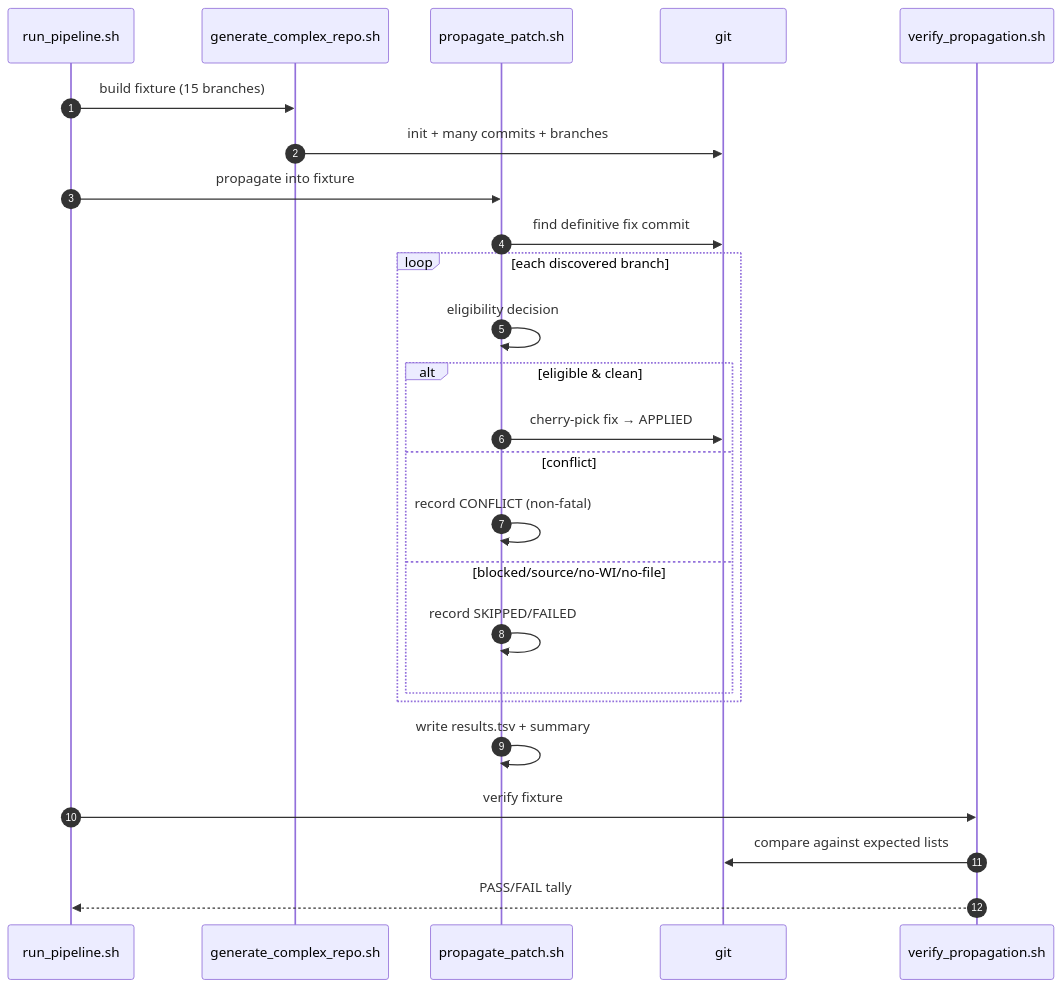
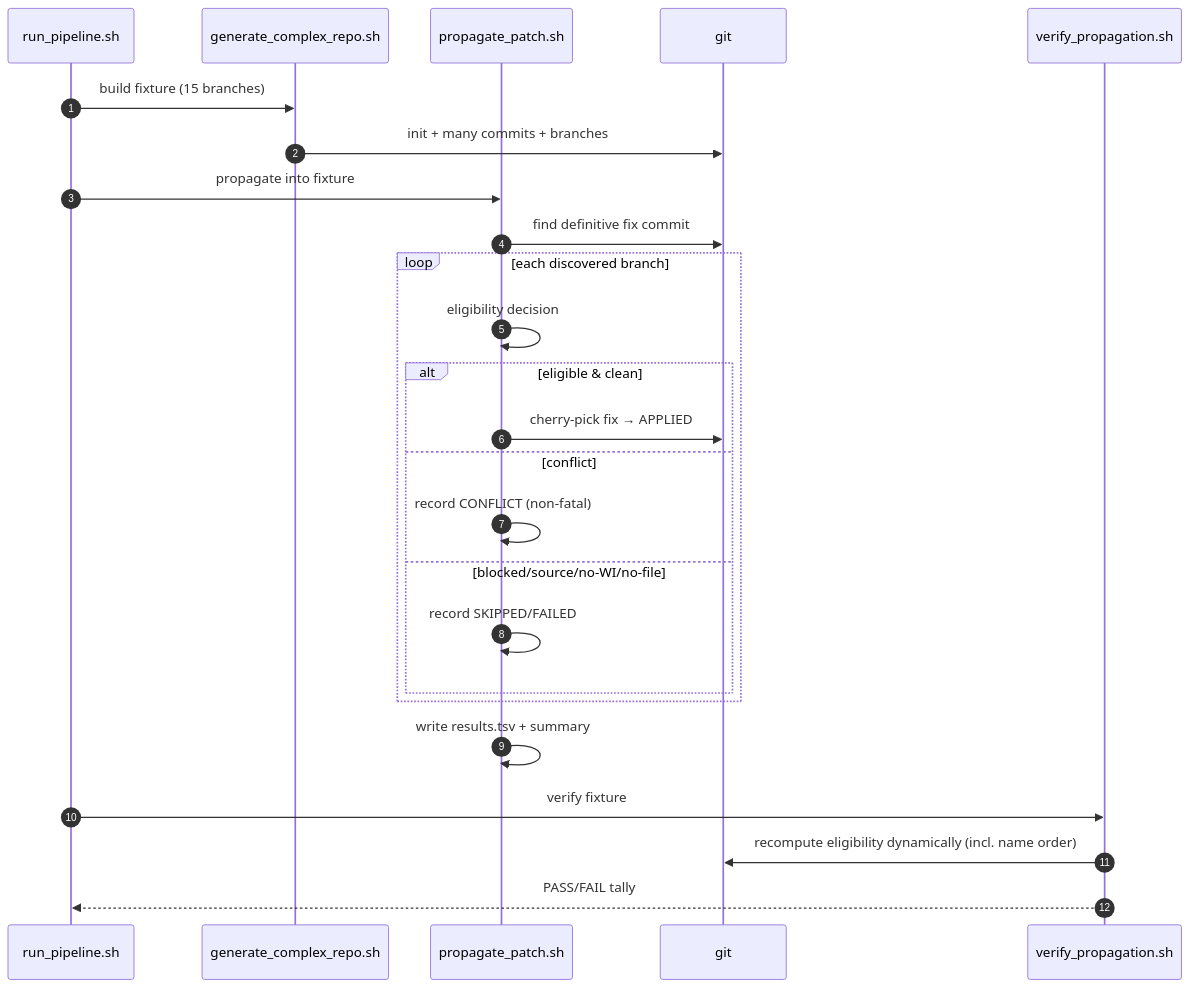
Before and after one commit to MajedSaade/kla-complex-test-repo: the eighth of 8 diagrams in ARCHITECTURE.md, drawn with Mermaid. The commit also changed other lines of this file and 4 other files, not shown here.

First line of the commit message:
Use lexicographic branch-name ordering for patch eligibility.

````diff
--- a/ARCHITECTURE.md
+++ b/ARCHITECTURE.md
@@ -418,28 +426,28 @@
 ```mermaid
 sequenceDiagram
     autonumber
     participant U as run_pipeline.sh
     participant Gen as generate_complex_repo.sh
     participant Prop as propagate_patch.sh
     participant Git as git
     participant Ver as verify_propagation.sh
 
     U->>Gen: build fixture (15 branches)
     Gen->>Git: init + many commits + branches
     U->>Prop: propagate into fixture
     Prop->>Git: find definitive fix commit
     loop each discovered branch
         Prop->>Prop: eligibility decision
         alt eligible & clean
             Prop->>Git: cherry-pick fix → APPLIED
         else conflict
             Prop->>Prop: record CONFLICT (non-fatal)
         else blocked/source/no-WI/no-file
             Prop->>Prop: record SKIPPED/FAILED
         end
     end
     Prop->>Prop: write results.tsv + summary
     U->>Ver: verify fixture
-    Ver->>Git: compare against expected lists
+    Ver->>Git: recompute eligibility dynamically (incl. name order)
     Ver-->>U: PASS/FAIL tally
 ```
````
